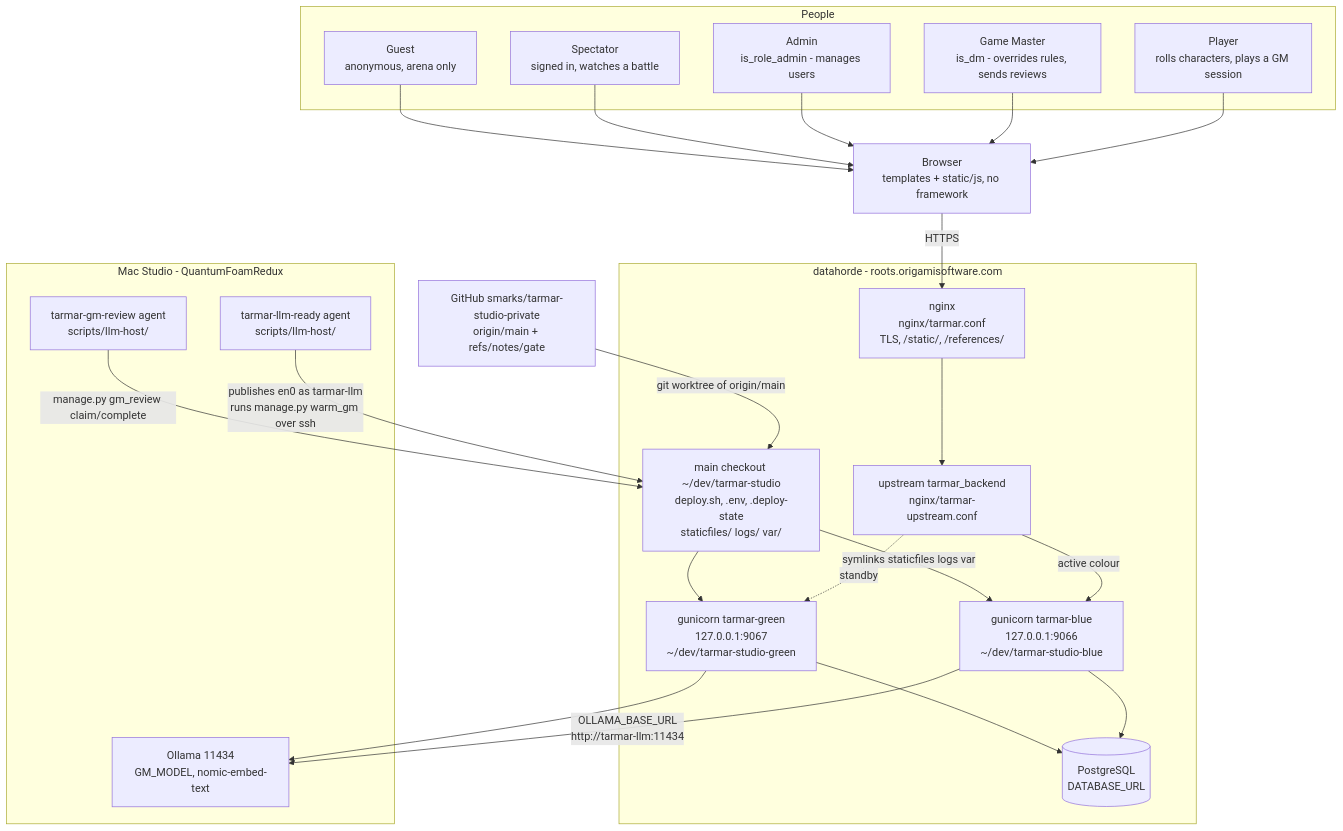
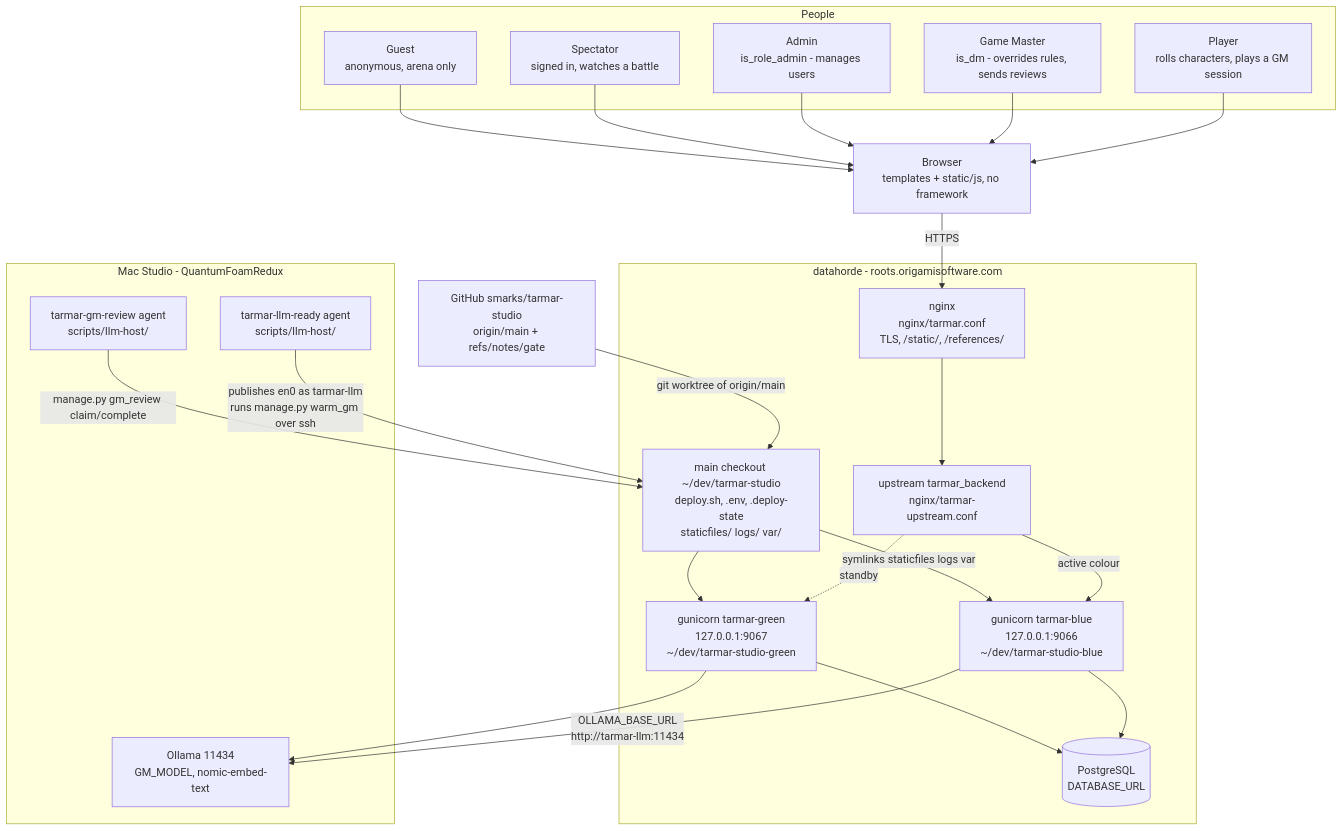
Before and after one commit to smarks/tarmar-studio: the first of 18 diagrams in docs/architecture.md, drawn with Mermaid. The commit also changed 20 other files, not shown here.

````diff
--- a/docs/architecture.md
+++ b/docs/architecture.md
@@ -32,48 +32,48 @@
 ```mermaid
 graph TB
     subgraph people["People"]
         player["Player<br/>rolls characters, plays a GM session"]
         gm["Game Master<br/>is_dm - overrides rules, sends reviews"]
         admin["Admin<br/>is_role_admin - manages users"]
         spectator["Spectator<br/>signed in, watches a battle"]
         guest["Guest<br/>anonymous, arena only"]
     end
 
     browser["Browser<br/>templates + static/js, no framework"]
 
     subgraph datahorde["datahorde - roots.origamisoftware.com"]
         nginx["nginx<br/>nginx/tarmar.conf<br/>TLS, /static/, /references/"]
         upstream["upstream tarmar_backend<br/>nginx/tarmar-upstream.conf"]
         blue["gunicorn tarmar-blue<br/>127.0.0.1:9066<br/>~/dev/tarmar-studio-blue"]
         green["gunicorn tarmar-green<br/>127.0.0.1:9067<br/>~/dev/tarmar-studio-green"]
         main["main checkout ~/dev/tarmar-studio<br/>deploy.sh, .env, .deploy-state<br/>staticfiles/ logs/ var/"]
         pg[("PostgreSQL<br/>DATABASE_URL")]
     end
 
     subgraph mac["Mac Studio - QuantumFoamRedux"]
         ollama["Ollama 11434<br/>GM_MODEL, nomic-embed-text"]
         ready["tarmar-llm-ready agent<br/>scripts/llm-host/"]
         review["tarmar-gm-review agent<br/>scripts/llm-host/"]
     end
 
-    gh["GitHub smarks/tarmar-studio-private<br/>origin/main + refs/notes/gate"]
+    gh["GitHub smarks/tarmar-studio<br/>origin/main + refs/notes/gate"]
 
     player --> browser
     gm --> browser
     admin --> browser
     spectator --> browser
     guest --> browser
     browser -->|"HTTPS"| nginx
     nginx --> upstream
     upstream -->|"active colour"| blue
     upstream -.->|"standby"| green
     blue --> pg
     green --> pg
     blue -->|"OLLAMA_BASE_URL<br/>http://tarmar-llm:11434"| ollama
     green --> ollama
     main -->|"symlinks staticfiles logs var"| blue
     main --> green
     gh -->|"git worktree of origin/main"| main
     ready -->|"publishes en0 as tarmar-llm<br/>runs manage.py warm_gm over ssh"| main
     review -->|"manage.py gm_review claim/complete"| main
 ```
````
